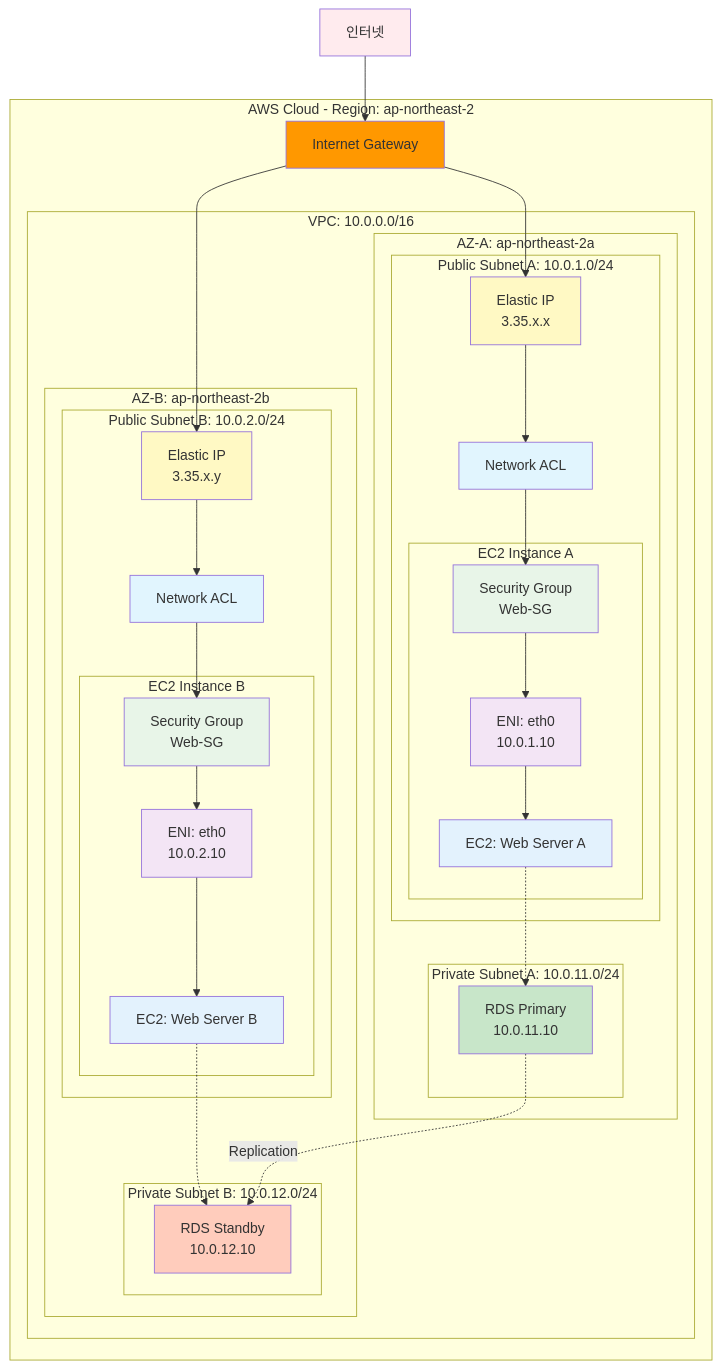
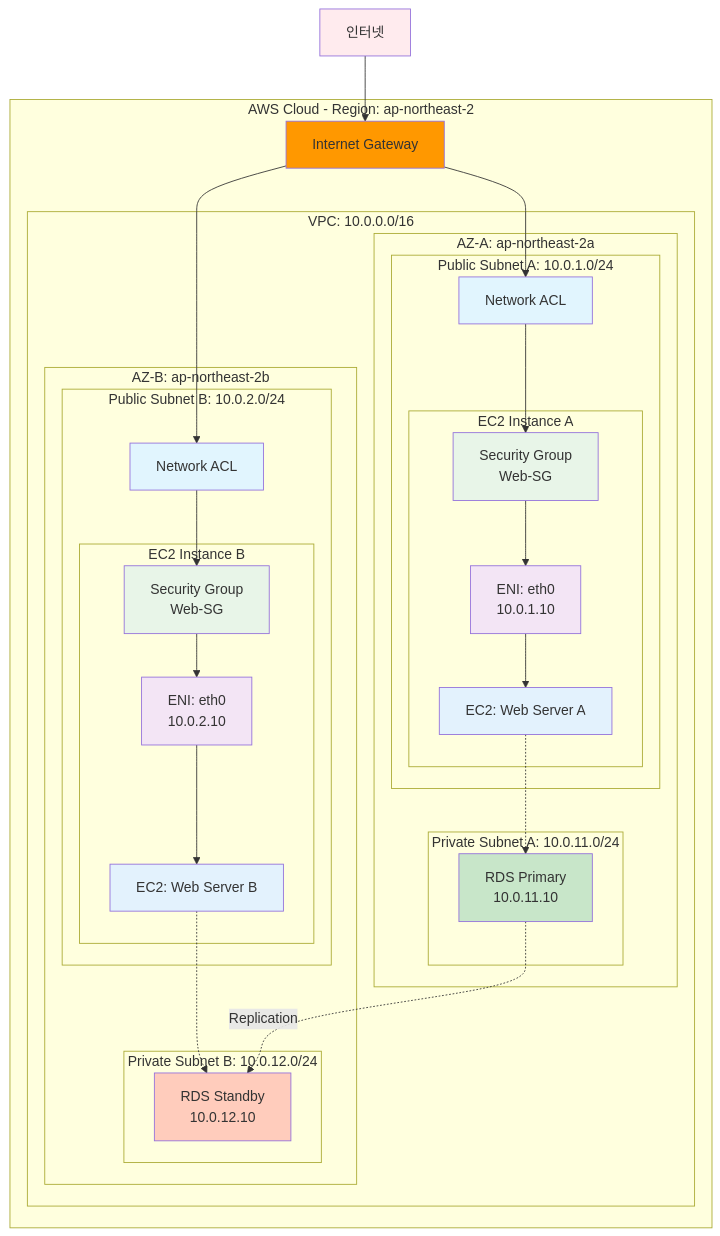
The second of 9 diagrams in theory/week_05/day1/session_3.md (niceguy61/kdt_devops_lecture_2025), drawn with Mermaid before and after one commit.

````diff
--- a/theory/week_05/day1/session_3.md
+++ b/theory/week_05/day1/session_3.md
@@ -86,74 +86,68 @@
 ```mermaid
 graph TB
     Internet[인터넷]
     
     subgraph "AWS Cloud - Region: ap-northeast-2"
         IGW[Internet Gateway]
         
         subgraph "VPC: 10.0.0.0/16"
             subgraph "AZ-A: ap-northeast-2a"
                 subgraph "Public Subnet A: 10.0.1.0/24"
                     NACL_A[Network ACL]
-                    EIP_A[Elastic IP<br/>3.35.x.x]
                     
                     subgraph "EC2 Instance A"
                         SG_A[Security Group<br/>Web-SG]
                         ENI_A[ENI: eth0<br/>10.0.1.10]
                         EC2_A[EC2: Web Server A]
                     end
                 end
                 
                 subgraph "Private Subnet A: 10.0.11.0/24"
                     DB_A[RDS Primary<br/>10.0.11.10]
                 end
             end
             
             subgraph "AZ-B: ap-northeast-2b"
                 subgraph "Public Subnet B: 10.0.2.0/24"
                     NACL_B[Network ACL]
-                    EIP_B[Elastic IP<br/>3.35.x.y]
                     
                     subgraph "EC2 Instance B"
                         SG_B[Security Group<br/>Web-SG]
                         ENI_B[ENI: eth0<br/>10.0.2.10]
                         EC2_B[EC2: Web Server B]
                     end
                 end
                 
                 subgraph "Private Subnet B: 10.0.12.0/24"
                     DB_B[RDS Standby<br/>10.0.12.10]
                 end
             end
         end
     end
     
     Internet --> IGW
-    IGW --> EIP_A
-    IGW --> EIP_B
-    EIP_A --> NACL_A
-    EIP_B --> NACL_B
+    IGW --> NACL_A
+    IGW --> NACL_B
     NACL_A --> SG_A
     NACL_B --> SG_B
     SG_A --> ENI_A
     SG_B --> ENI_B
     ENI_A --> EC2_A
     ENI_B --> EC2_B
     EC2_A -.-> DB_A
     EC2_B -.-> DB_B
     DB_A -.Replication.-> DB_B
     
     style Internet fill:#ffebee
     style IGW fill:#ff9800
     style NACL_A fill:#e1f5fe
     style NACL_B fill:#e1f5fe
     style SG_A fill:#e8f5e8
     style SG_B fill:#e8f5e8
-    style EIP_A fill:#fff9c4
-    style EIP_B fill:#fff9c4
     style ENI_A fill:#f3e5f5
     style ENI_B fill:#f3e5f5
     style EC2_A fill:#e3f2fd
     style EC2_B fill:#e3f2fd
     style DB_A fill:#c8e6c9
     style DB_B fill:#ffccbc
 ```
````
